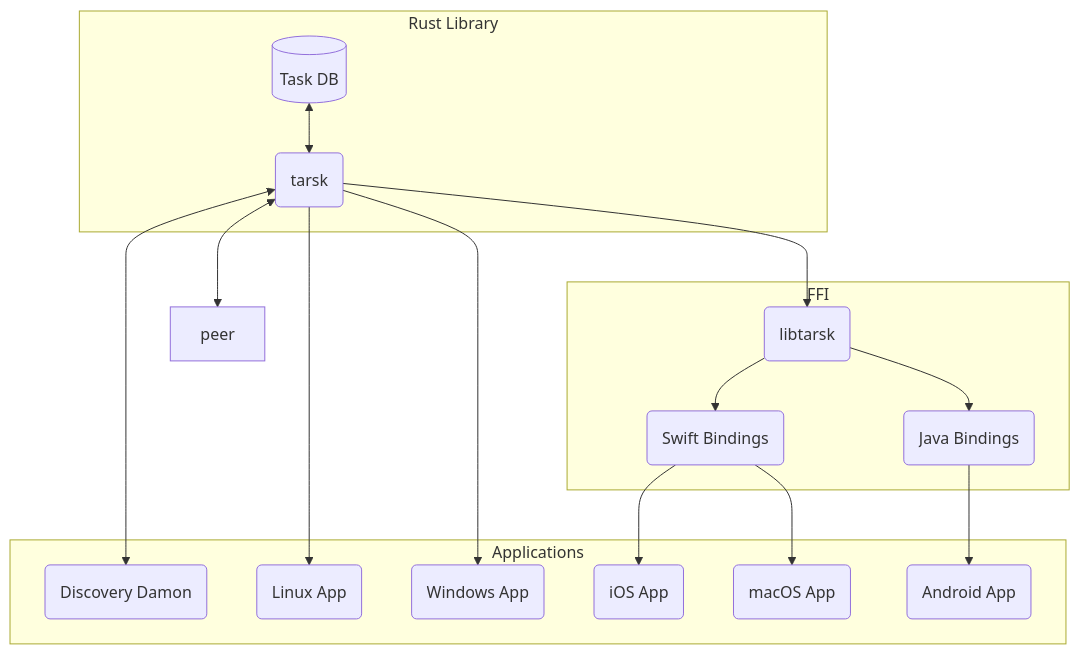
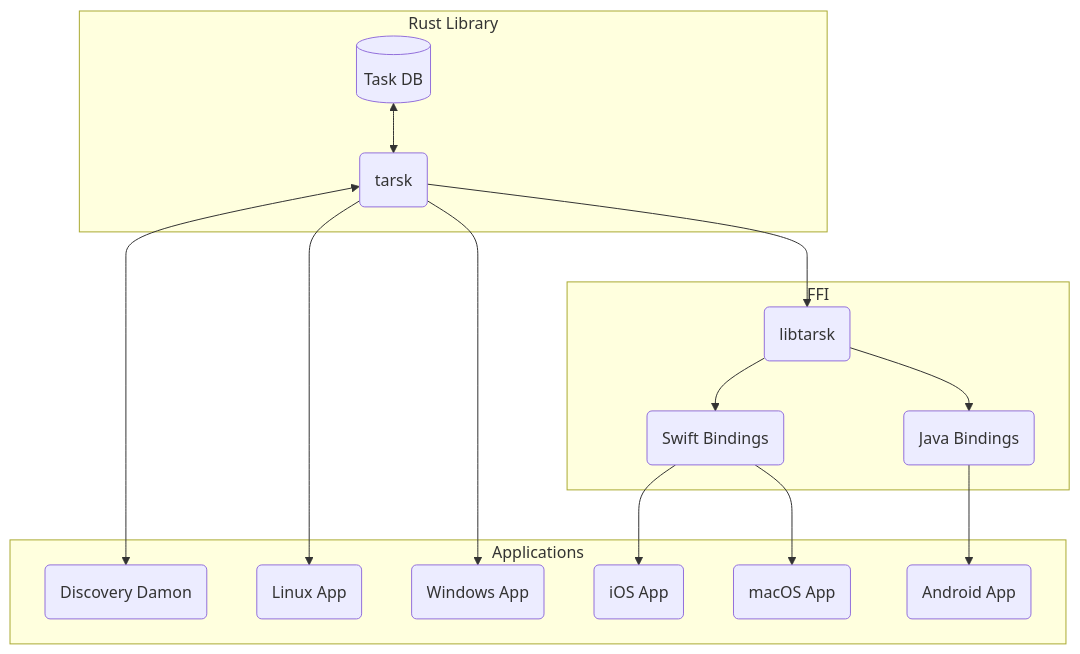
The diagram in README.md (crockeo/tarsk), drawn with Mermaid before and after one commit.

````diff
--- a/README.md
+++ b/README.md
@@ -91,30 +91,28 @@
 ```mermaid
 flowchart
-    tarsk <--> peer
-
     subgraph Rust Library
         db[(Task DB)]
 
         tarsk(tarsk)
 
         db <--> tarsk
     end
 
     subgraph FFI
         tarsk --> libtarsk(libtarsk)
         libtarsk --> bindings_swift(Swift Bindings)
         libtarsk --> bindings_java(Java Bindings)
     end
 
     subgraph Applications
         tarsk <--> daemon(Discovery Damon)
 
         tarsk --> app_linux(Linux App)
         tarsk --> app_windows(Windows App)
 
         bindings_swift --> app_ios(iOS App)
         bindings_swift --> app_macos(macOS App)
 
         bindings_java --> app_android(Android App)
     end
 ```
````
